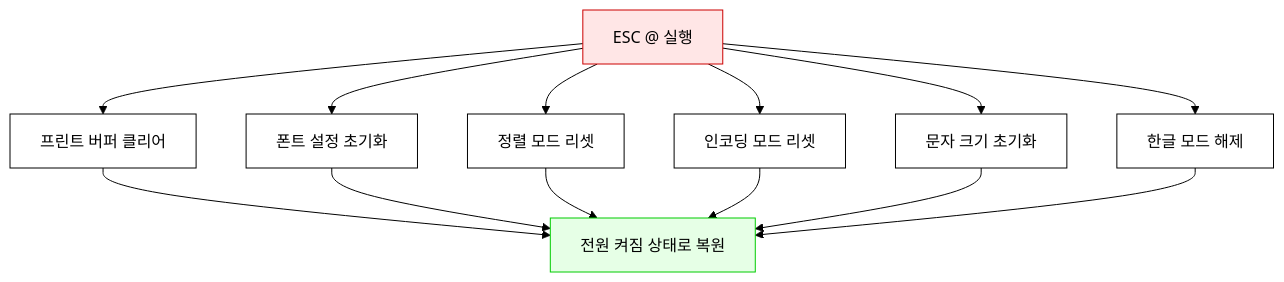
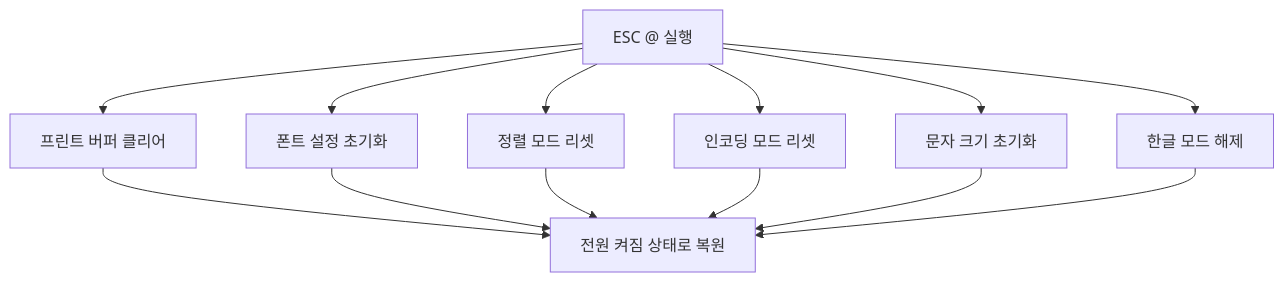
One commit to nicewook/receipt-printer changed the first of 4 diagrams in docs/escpos-commands-deep-dive.md. Above: the diagram before and after it, drawn with Mermaid. The commit also changed other lines of this file and 5 other files, not shown here.

First line of the commit message:
Fix documentation portal Mermaid rendering and clean up markdown files

````diff
--- a/docs/escpos-commands-deep-dive.md
+++ b/docs/escpos-commands-deep-dive.md
@@ -24,28 +24,17 @@
 ```mermaid
-%%{init: {
-  'theme': 'base',
-  'themeVariables': {
-    'primaryColor': '#ffffff',
-    'primaryTextColor': '#000000',
-    'primaryBorderColor': '#000000',
-    'lineColor': '#000000'
-  }
-}}%%
 graph TB
     ESC_AT[ESC @ 실행] --> BUFFER[프린트 버퍼 클리어]
     ESC_AT --> FONT[폰트 설정 초기화]
     ESC_AT --> ALIGN[정렬 모드 리셋]
     ESC_AT --> ENCODING[인코딩 모드 리셋]
     ESC_AT --> SIZE[문자 크기 초기화]
     ESC_AT --> KANJI[한글 모드 해제]
     
     BUFFER --> RESULT[전원 켜짐 상태로 복원]
     FONT --> RESULT
     ALIGN --> RESULT
     ENCODING --> RESULT
     SIZE --> RESULT
     KANJI --> RESULT
     
-    style ESC_AT fill:#ffe6e6,stroke:#cc0000,color:#000000
-    style RESULT fill:#e6ffe6,stroke:#00cc00,color:#000000
 ```
````
